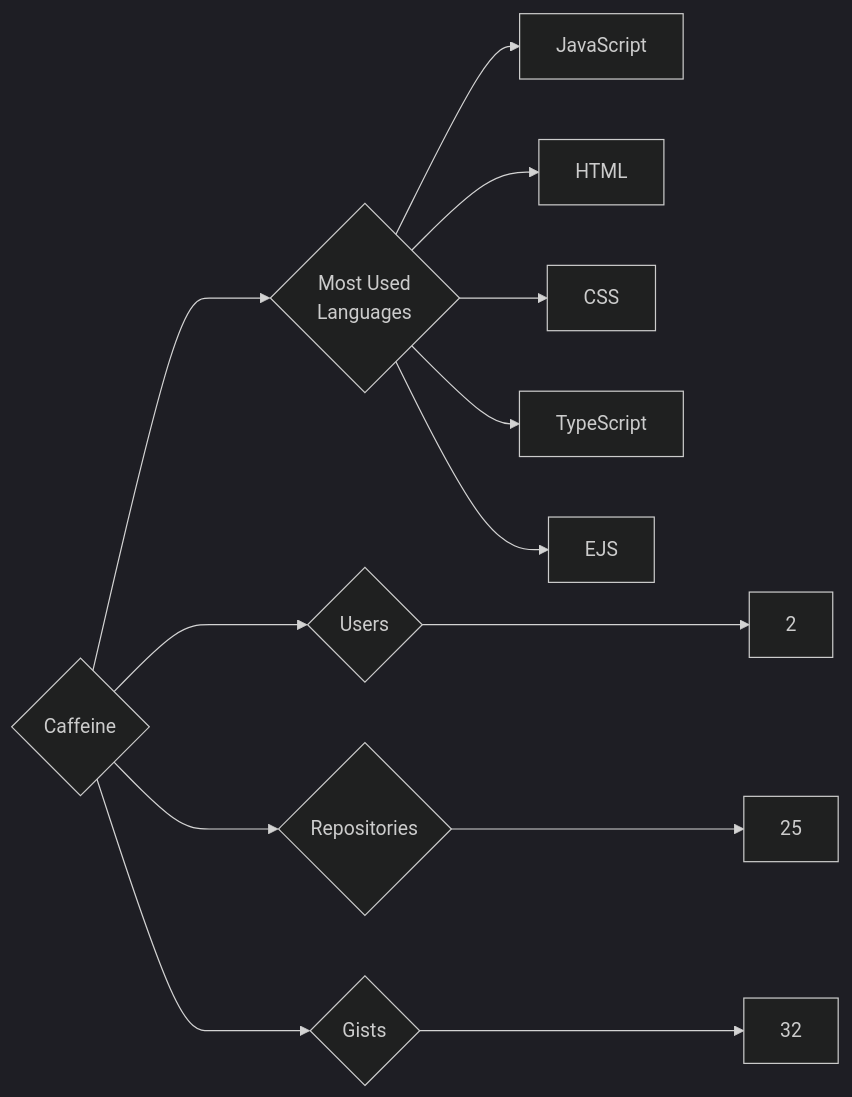
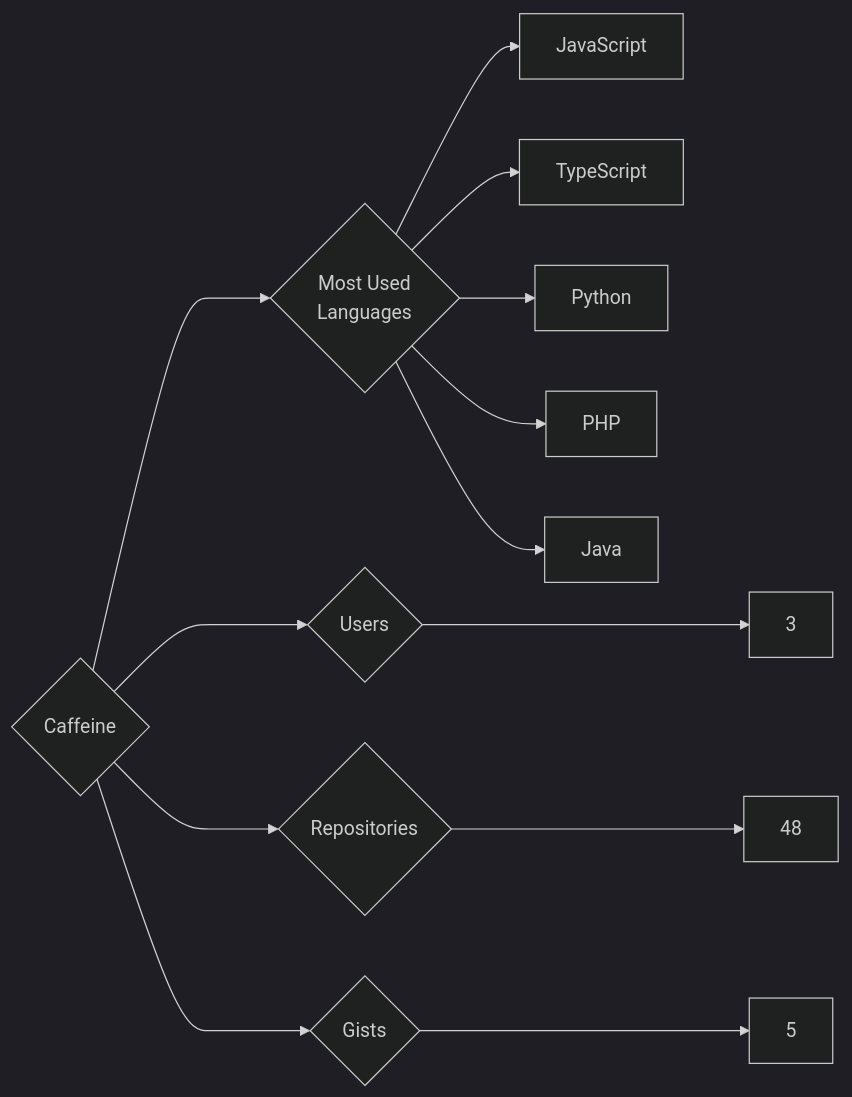
One commit to trickest/insiders changed the diagram in targets/Caffeine/README.md. Above: the diagram before and after it, drawn with Mermaid (dark theme). The commit also changed 640 other files, not shown here.

````diff
--- a/targets/Caffeine/README.md
+++ b/targets/Caffeine/README.md
@@ -3,13 +3,13 @@
 ```mermaid
 graph LR
 COMPANY_NAME{Caffeine}
-COMPANY_NAME ---> U{Users} ---> UN[2]
-COMPANY_NAME ---> R{Repositories} ---> RN[25]
-COMPANY_NAME ---> G{Gists} ---> GN[32]
+COMPANY_NAME ---> U{Users} ---> UN[3]
+COMPANY_NAME ---> R{Repositories} ---> RN[48]
+COMPANY_NAME ---> G{Gists} ---> GN[5]
 COMPANY_NAME ---> ML{Most Used<br>Languages}
 ML --> JavaScript[JavaScript]
-ML --> HTML[HTML]
-ML --> CSS[CSS]
 ML --> TypeScript[TypeScript]
-ML --> EJS[EJS]
+ML --> Python[Python]
+ML --> PHP[PHP]
+ML --> Java[Java]
 ```
````
